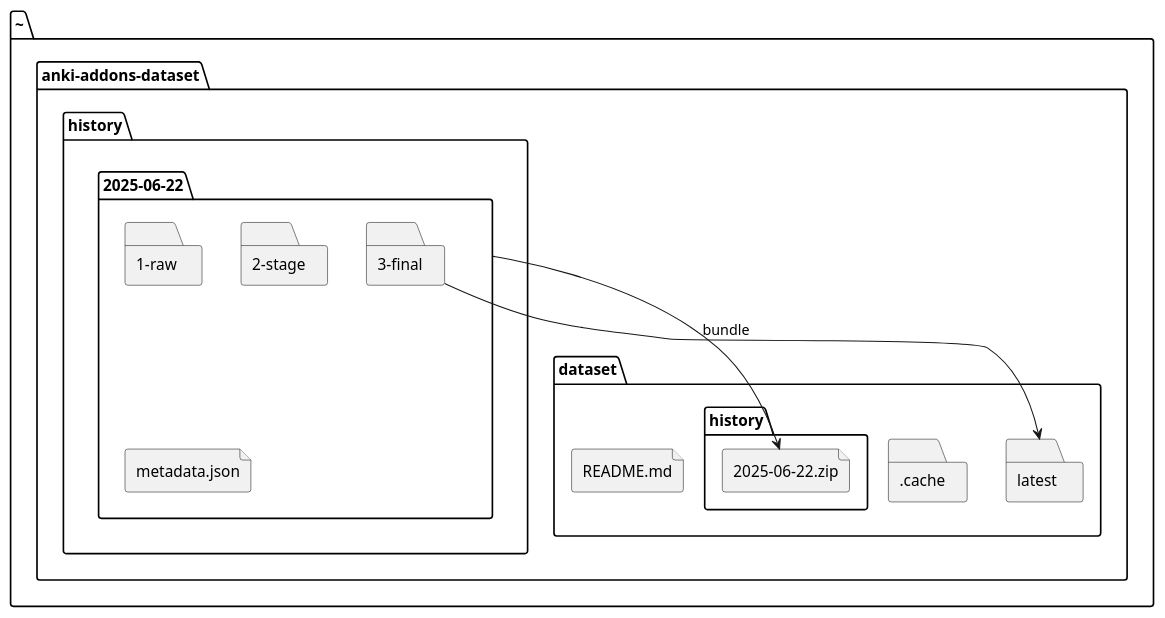
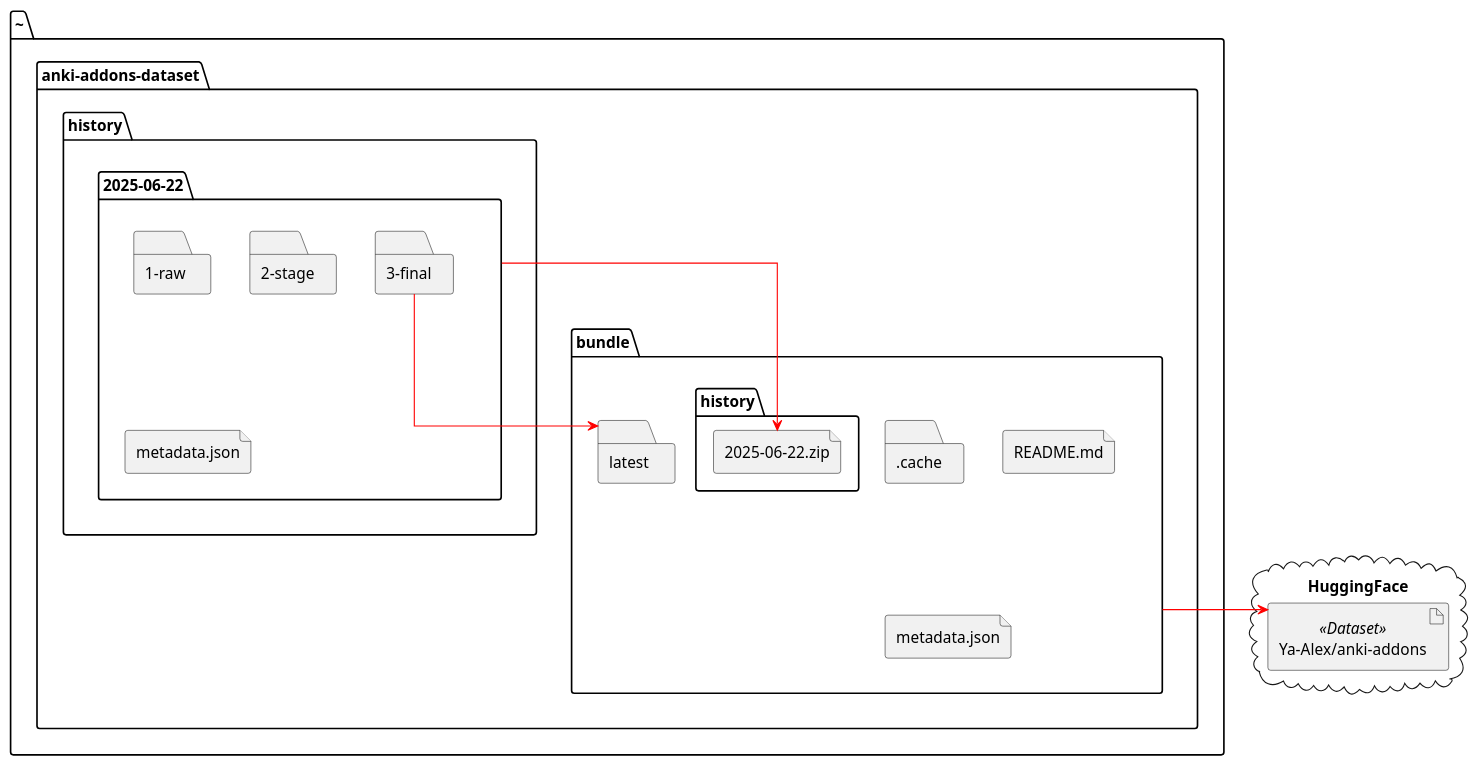
Before and after one commit to Aleks-Ya/anki-addons-dataset: the diagram in doc/uml/directory_structure.puml, drawn with PlantUML. The commit also changed 13 other files, not shown here.

```diff
--- a/doc/uml/directory_structure.puml
+++ b/doc/uml/directory_structure.puml
@@ -1,27 +1,39 @@
 @startuml
+skinparam linetype ortho
+skinparam ArrowColor red
 
 folder ~ {
     folder anki-addons-dataset {
-        folder dataset {
+        folder bundle {
+        together {
             folder ".cache"
-            folder history as datasetHistory {
-                file "2025-06-22.zip" as zip
-            }
-            folder latest
             file README.md
+            file metadata.json as metadataJsonHistory
+        }
+        folder history as datasetHistory {
+            file "2025-06-22.zip" as zip
+        }
+        folder latest
         }
         folder history {
             folder "2025-06-22" as historyDate {
+            together {
                 folder "1-raw"
                 folder "2-stage"
                 folder "3-final" as historyFinal
-                file metadata.json
+            }
+            file metadata.json  as metadataJsonBundle
             }
         }
     }
 }
 
+cloud HuggingFace {
+    artifact "Ya-Alex/anki-addons" as dataset <<Dataset>>
+}
+
 historyFinal --> latest
-historyDate --> zip : bundle
+historyDate --> zip
+bundle --> dataset
 
 @enduml
```
